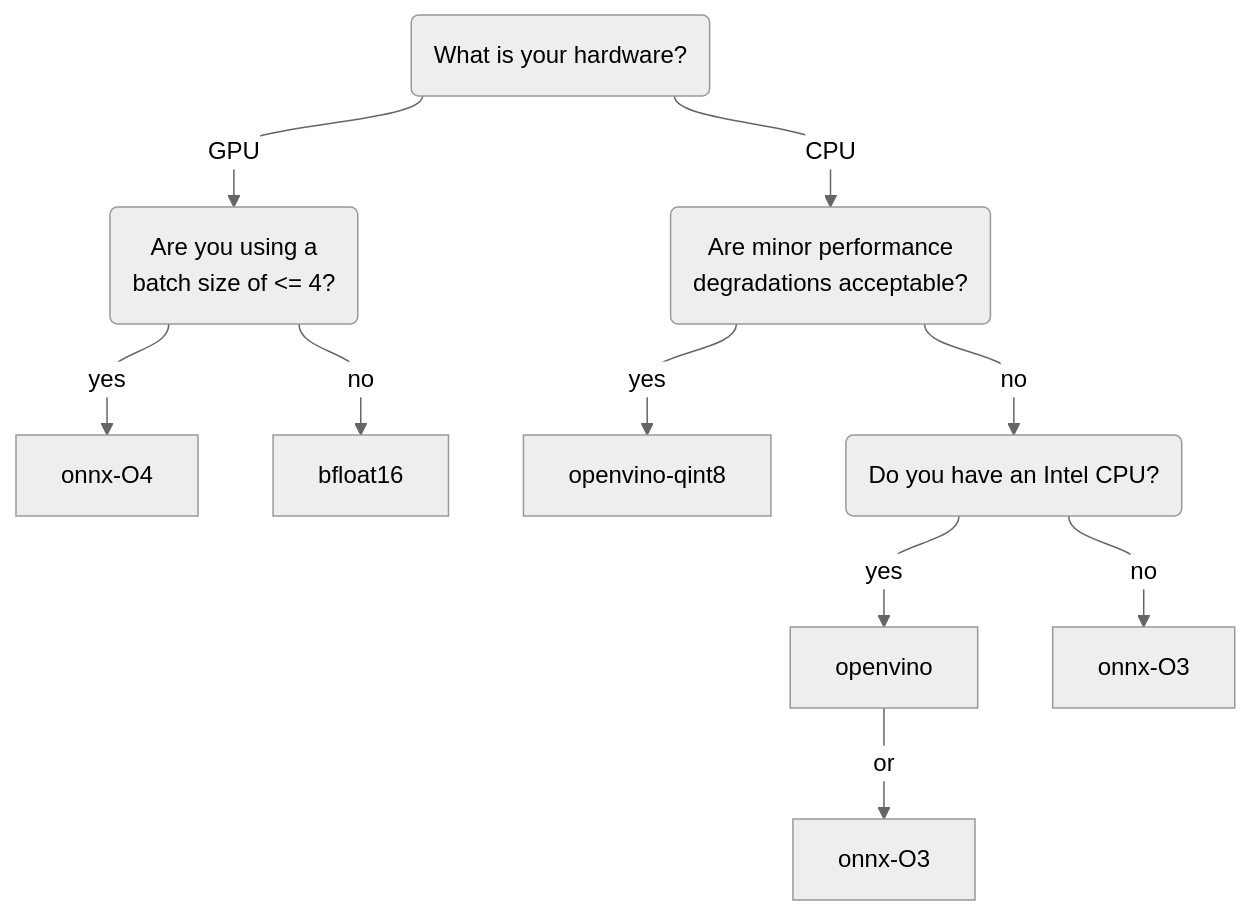
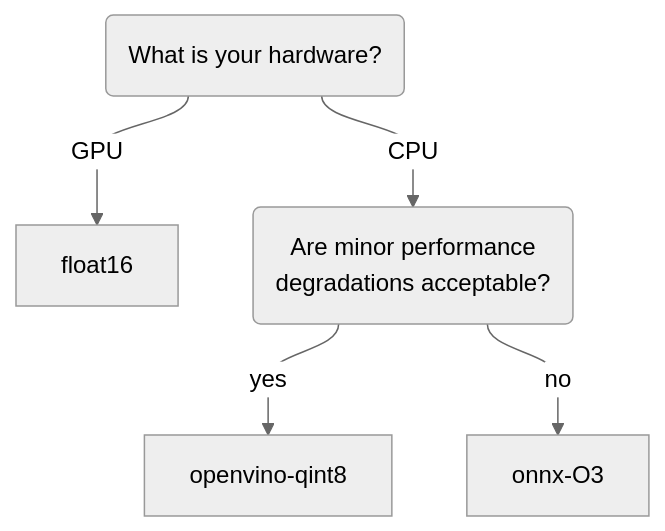
One commit to huggingface/sentence-transformers changed the diagram in docs/sparse_encoder/usage/efficiency.rst. Above: the diagram before and after it, drawn with Mermaid. The commit also changed other lines of this file and 11 other files, not shown here.

```diff
--- a/docs/sparse_encoder/usage/efficiency.rst
+++ b/docs/sparse_encoder/usage/efficiency.rst
@@ -574,24 +602,16 @@
 .. mermaid::
    
    %%{init: {
       "theme": "neutral",
       "flowchart": {
          "curve": "bumpY"
       }
    }}%%
    graph TD
-   A(What is your hardware?) -->|GPU| B("Are you using a<br>batch size of <= 4?")
+   A("What is your hardware?") -->|GPU| F[float16]
    A -->|CPU| C("Are minor performance<br>degradations acceptable?")
-   B -->|yes| D[onnx-O4]
-   B -->|no| F[bfloat16]
    C -->|yes| G[openvino-qint8]
-   C -->|no| H(Do you have an Intel CPU?)
-   H -->|yes| I[openvino]
-   I -->|or| J[onnx-O3]
-   H -->|no| K[onnx-O3]
-   click D "#optimizing-onnx-models"
+   C -->|no| K[onnx-O3]
    click F "#pytorch"
    click G "#quantizing-openvino-models"
-   click I "#openvino"
-   click J "#optimizing-onnx-models"
    click K "#optimizing-onnx-models"
```
